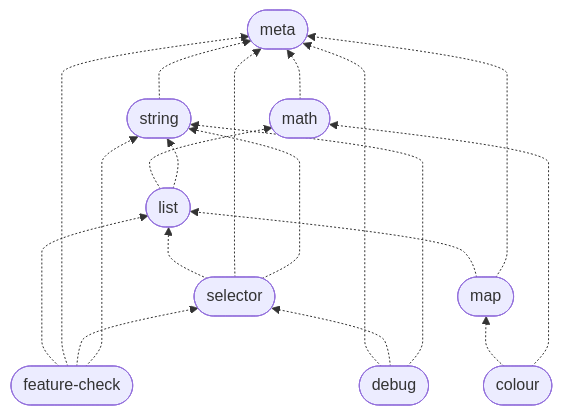
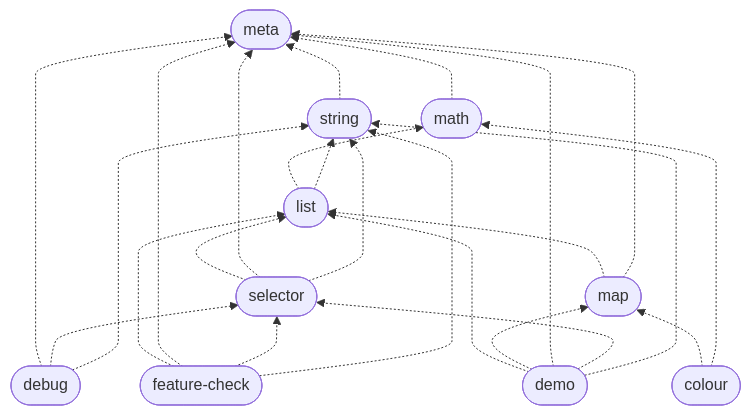
The diagram in src/scss/modules/dependencies.mmd (maddimathon/utility-sass), drawn with Mermaid before and after one commit. The commit also changed 56 other files, not shown here.

```diff
--- a/src/scss/modules/dependencies.mmd
+++ b/src/scss/modules/dependencies.mmd
@@ -1,25 +1,27 @@
 ---
 config:
   flowchart:
     curve: monotoneY
 ---
 flowchart BT
 	Colour([colour])
 	Debug([debug])
+	Demo([demo])
 	FeatureCheck([feature-check])
 	List([list])
 	Map([map])
 	Math([math])
 	Meta([meta])
 	Selector([selector])
 	String([string])
 
     %% from dependents to their dependencies
     String -.-> Meta
     Math -.-> Meta
     List -.-> Math & String
     Map -.-> List & Meta
     Colour -.-> Map & Math
     Selector -.-> List & Meta & String
     Debug -.-> Meta & Selector & String
     FeatureCheck -.-> List & Meta & Selector & String
+    Demo -.-> List & Map & Meta & Selector & String
```
